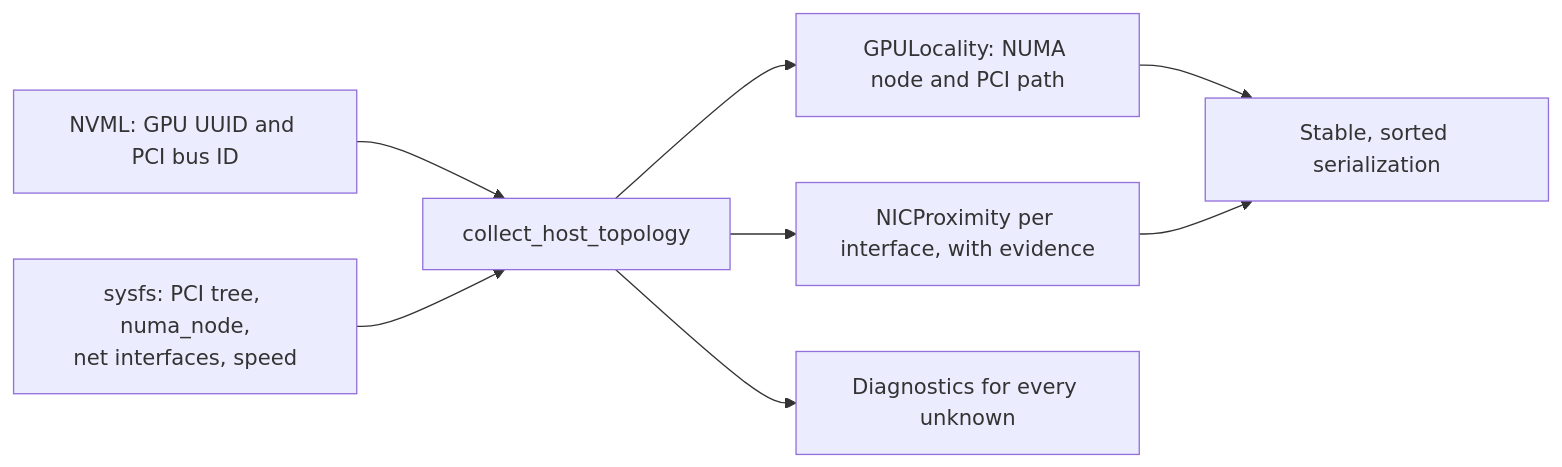
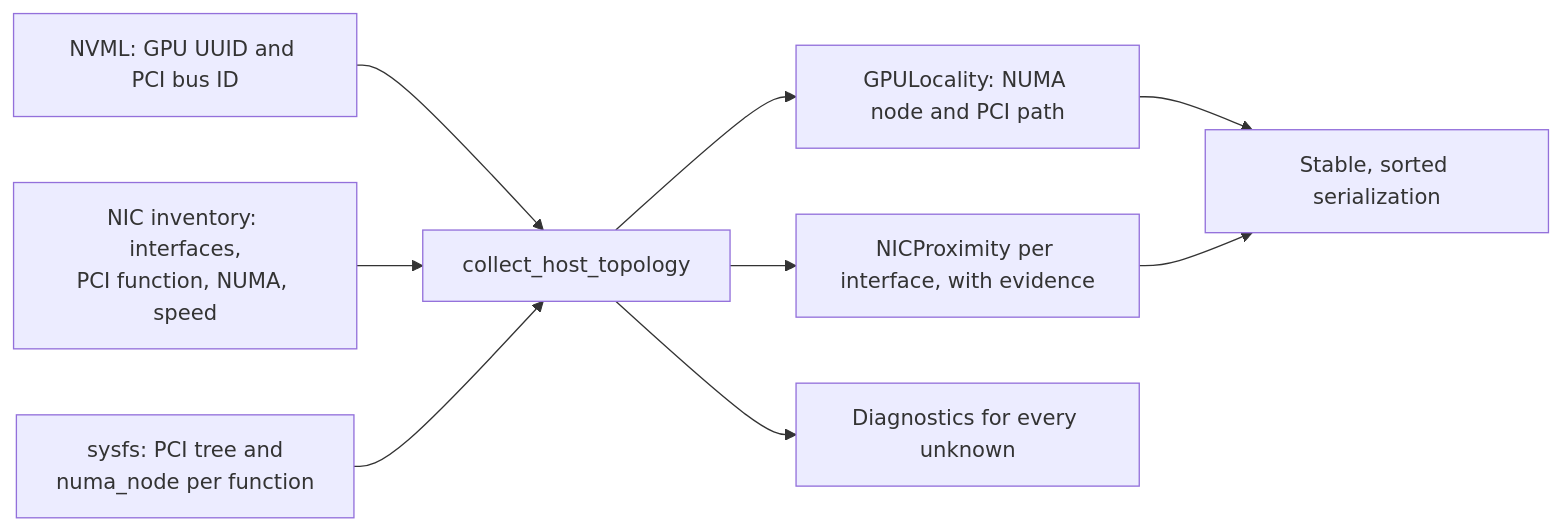
Before and after one commit to d8zheng1234/topology-aware-gpu-scheduling: the diagram in docs/host-topology.md, drawn with Mermaid. The commit also changed other lines of this file and 8 other files, not shown here.

First line of the commit message:
Build host locality on the NIC inventory

````diff
--- a/docs/host-topology.md
+++ b/docs/host-topology.md
@@ -15,10 +15,11 @@
 ```mermaid
 flowchart LR
     N[NVML: GPU UUID and PCI bus ID] --> C[collect_host_topology]
-    S["sysfs: PCI tree, numa_node,<br/>net interfaces, speed"] --> C
+    I["NIC inventory: interfaces,<br/>PCI function, NUMA, speed"] --> C
+    S["sysfs: PCI tree and<br/>numa_node per function"] --> C
     C --> G[GPULocality: NUMA node and PCI path]
     C --> P[NICProximity per interface, with evidence]
     C --> D[Diagnostics for every unknown]
     G --> R[Stable, sorted serialization]
     P --> R
 ```
````
